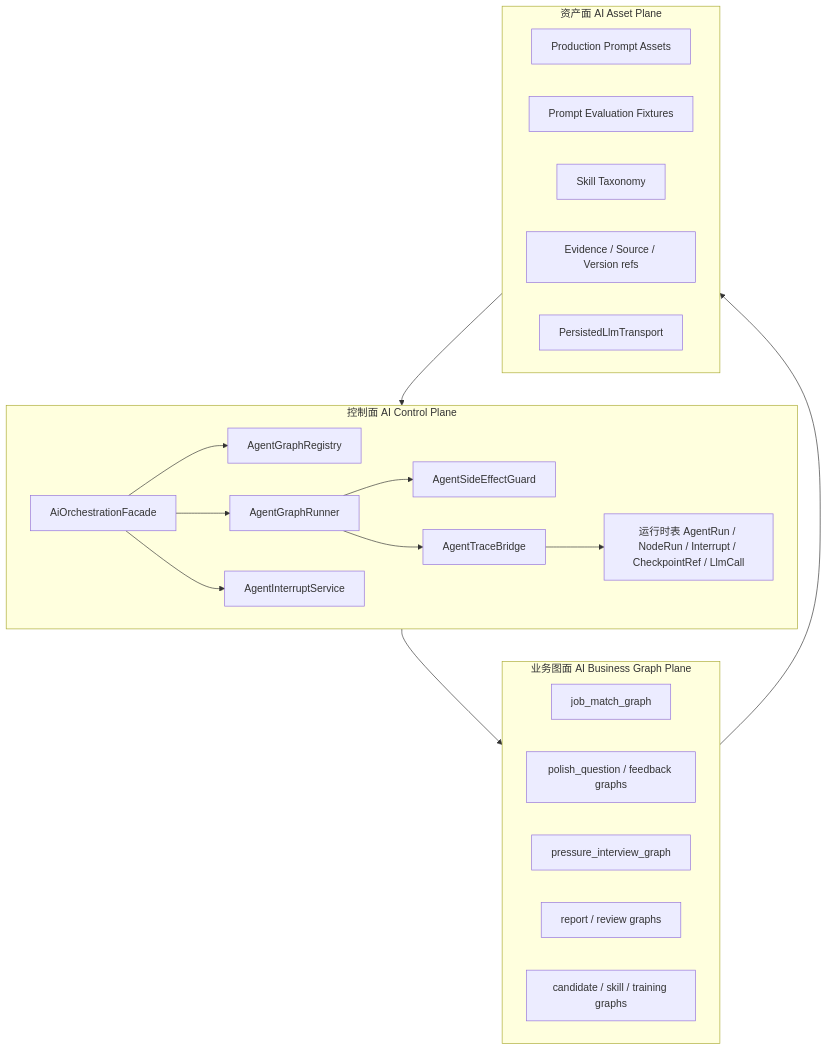
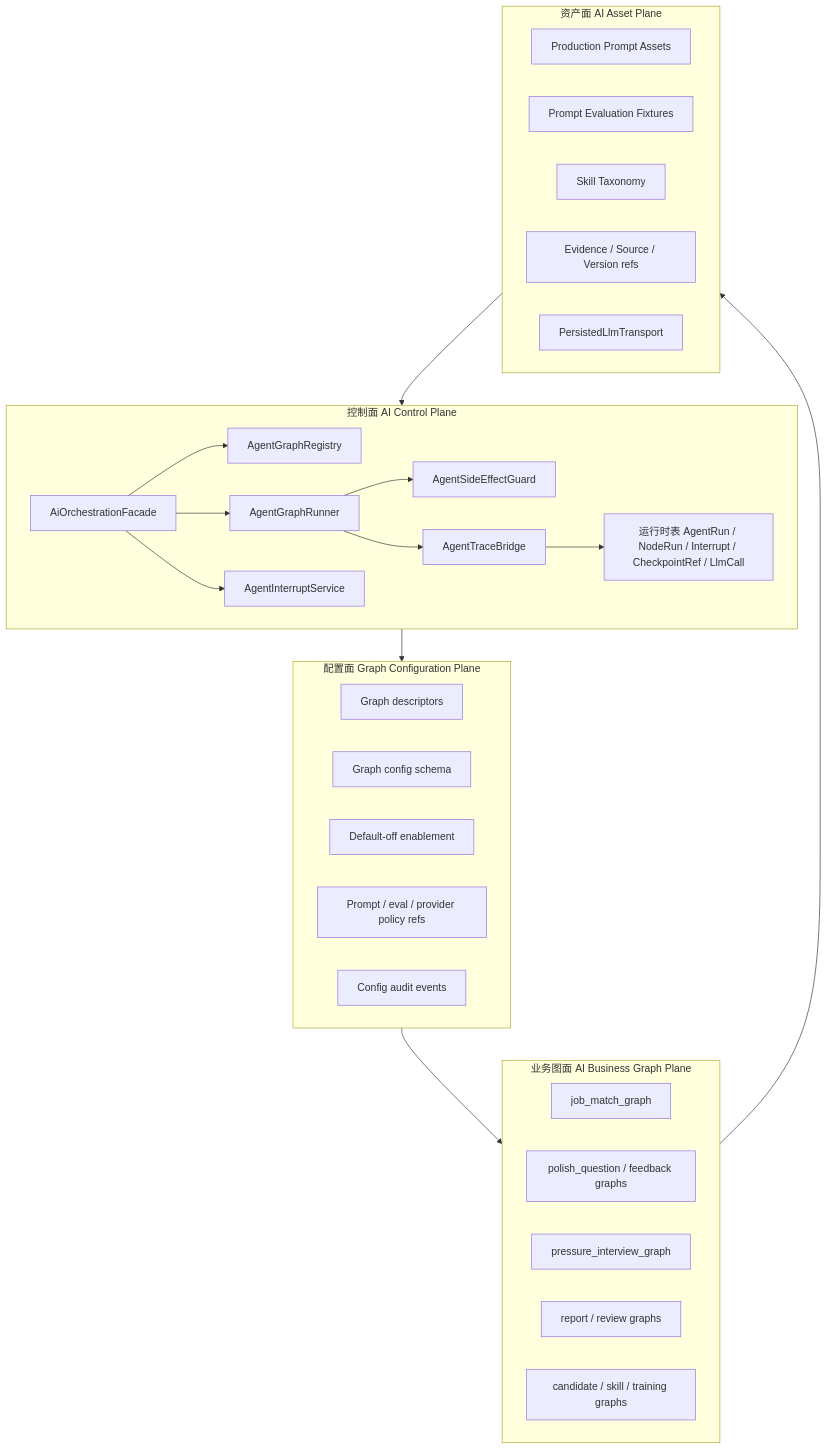
One commit to linxiecoder/AiForInterviewer changed the fourth of 11 diagrams in docs/03-delivery/refactor-multiagent-langgraph-implementation/01_ARCHITECTURE_ASIS_TOBE.md. Above: the diagram before and after it, drawn with Mermaid. The commit also changed other lines of this file and 10 other files, not shown here.

Commit message:
roadmap correction + graph configuration plan

````diff
--- a/docs/03-delivery/refactor-multiagent-langgraph-implementation/01_ARCHITECTURE_ASIS_TOBE.md
+++ b/docs/03-delivery/refactor-multiagent-langgraph-implementation/01_ARCHITECTURE_ASIS_TOBE.md
@@ -266,38 +267,47 @@
 ```mermaid
 flowchart TB
   subgraph Control["控制面 AI Control Plane"]
     Facade["AiOrchestrationFacade"]
     Registry["AgentGraphRegistry"]
     Runner["AgentGraphRunner"]
     Interrupts["AgentInterruptService"]
     Guard["AgentSideEffectGuard"]
     Trace["AgentTraceBridge"]
     RuntimeTables["运行时表 AgentRun / NodeRun / Interrupt / CheckpointRef / LlmCall"]
     Facade --> Registry
     Facade --> Runner
     Facade --> Interrupts
     Runner --> Guard
     Runner --> Trace
     Trace --> RuntimeTables
   end
 
+  subgraph ConfigPlane["配置面 Graph Configuration Plane"]
+    Descriptors["Graph descriptors"]
+    ConfigSchema["Graph config schema"]
+    Enablement["Default-off enablement"]
+    PolicyRefs["Prompt / eval / provider policy refs"]
+    ConfigAudit["Config audit events"]
+  end
+
   subgraph GraphPlane["业务图面 AI Business Graph Plane"]
     JobGraph["job_match_graph"]
     PolishGraph["polish_question / feedback graphs"]
     PressureGraph["pressure_interview_graph"]
     ReportGraph["report / review graphs"]
     CandidateGraph["candidate / skill / training graphs"]
   end
 
   subgraph AssetPlane["资产面 AI Asset Plane"]
     PromptAssets["Production Prompt Assets"]
     EvalFixtures["Prompt Evaluation Fixtures"]
     SkillTaxonomy["Skill Taxonomy"]
     EvidenceRefs["Evidence / Source / Version refs"]
     LlmTransport["PersistedLlmTransport"]
   end
 
-  Control --> GraphPlane
+  Control --> ConfigPlane
+  ConfigPlane --> GraphPlane
   GraphPlane --> AssetPlane
   AssetPlane --> Control
 ```
````
